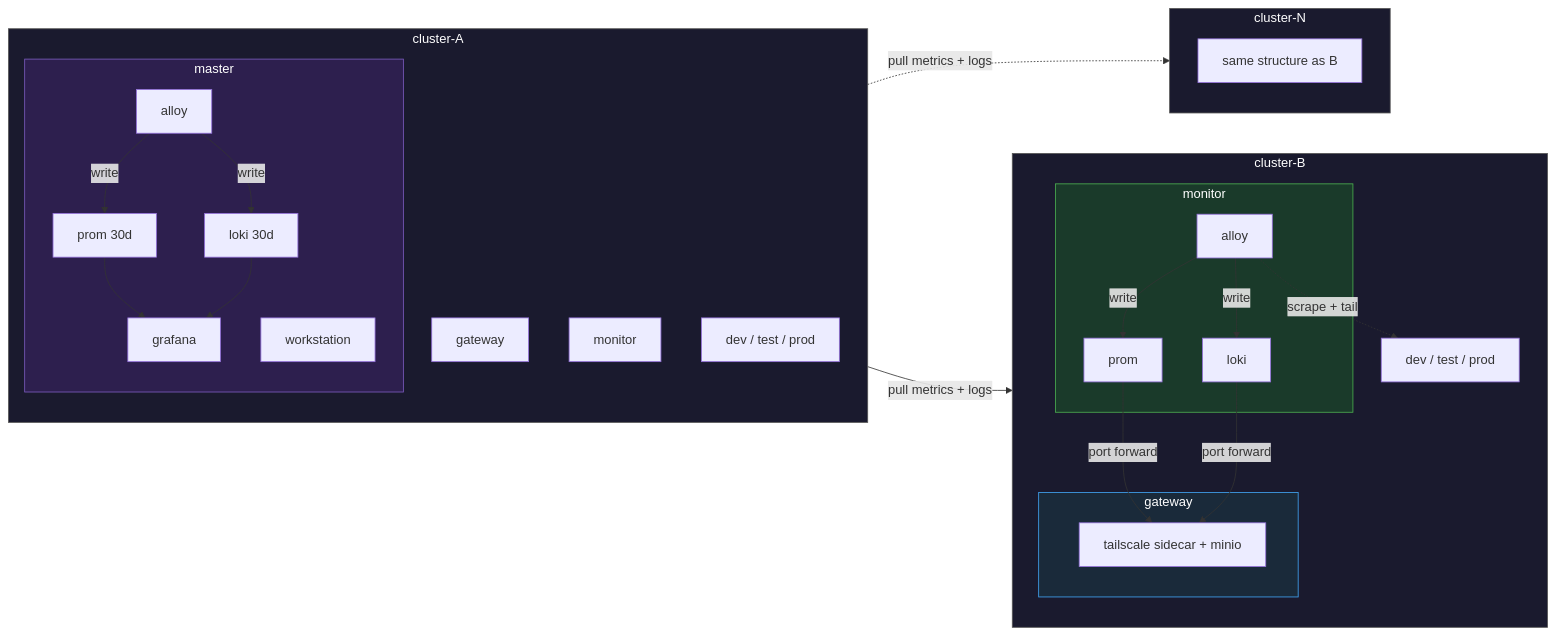
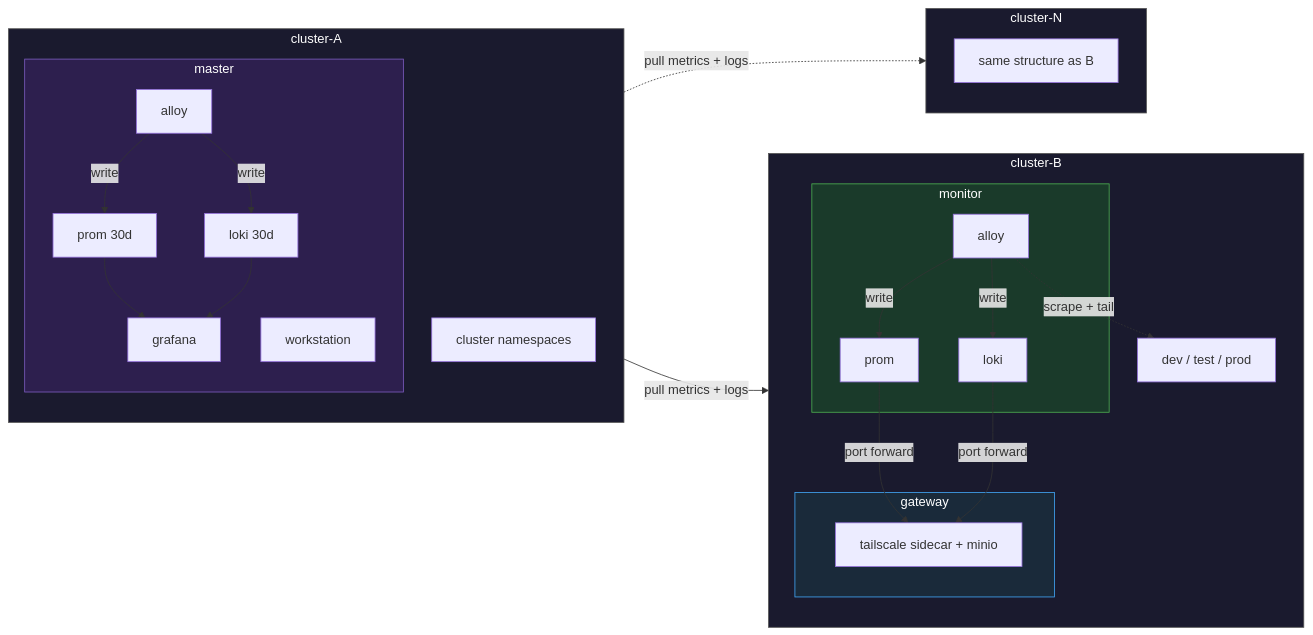
The first of 2 diagrams in docs/infra/infrastructure.md (Kord96/kordinate), drawn with Mermaid before and after one commit. The commit also changed other lines of this file, not shown here.

First line of the commit message:
Fix diagrams: overview uses single 'cluster namespaces' box, detailed uses TB layout with compact nodes for better spacing

````diff
--- a/docs/infra/infrastructure.md
+++ b/docs/infra/infrastructure.md
@@ -22,41 +22,39 @@
 ```mermaid
 flowchart LR
     subgraph CB[cluster-B]
         direction TB
         ENV-B[dev / test / prod]
         subgraph mon-b[monitor]
             AL-B[alloy] -->|write| PR-B[prom] & LK-B[loki]
         end
         subgraph gw-b[gateway]
             GWT-B[tailscale sidecar + minio]
         end
         AL-B -.->|scrape + tail| ENV-B
         PR-B & LK-B -->|port forward| GWT-B
     end
 
     subgraph CA[cluster-A]
         direction TB
         subgraph master[master]
             MA[alloy] -->|write| MP[prom 30d] & ML[loki 30d]
             MP & ML --> G[grafana]
             WS[workstation]
         end
-        CA-NS1[gateway]
-        CA-NS2[monitor]
-        CA-NS3[dev / test / prod]
+        CA-OTHER[cluster namespaces]
     end
 
     subgraph CN[cluster-N]
         CN-INNER[same structure as B]
     end
 
     MA -->|pull metrics + logs| GWT-B
     MA -.->|pull metrics + logs| CN
 
     style master fill:#2d1f4e,stroke:#7c5cbf,color:#fff
     style mon-b fill:#1a3a2a,stroke:#4caf50,color:#fff
     style gw-b fill:#1a2a3a,stroke:#42a5f5,color:#fff
     style CA fill:#1a1a2e,stroke:#555,color:#fff
     style CB fill:#1a1a2e,stroke:#555,color:#fff
     style CN fill:#1a1a2e,stroke:#555,color:#fff
 ```
````
